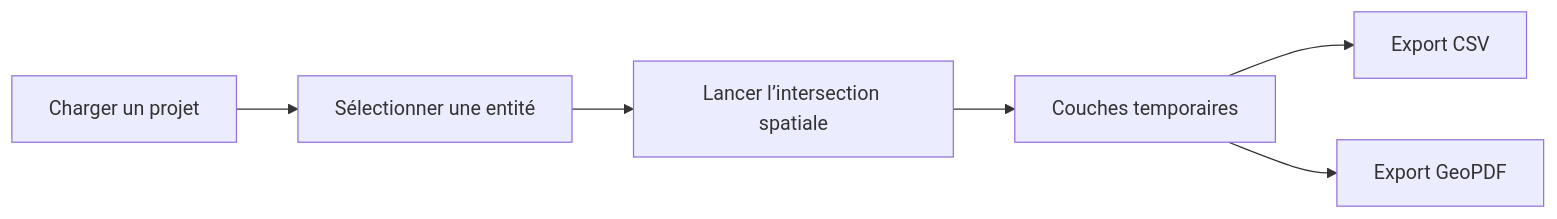
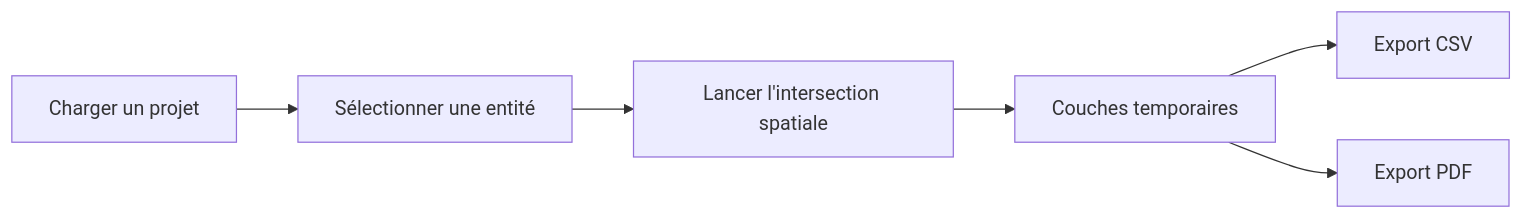
One commit to ecolabdata/secateur changed the first of 2 diagrams in README.md. Above: the diagram before and after it, drawn with Mermaid. The commit also changed other lines of this file and 8 other files, not shown here.

````diff
--- a/README.md
+++ b/README.md
@@ -424,11 +370,11 @@
 ```mermaid
 flowchart LR
 
 A[Charger un projet]
 --> B[Sélectionner une entité]
---> C[Lancer l’intersection spatiale]
+--> C[Lancer l'intersection spatiale]
 --> D[Couches temporaires]
 
 D --> E[Export CSV]
-D --> F[Export GeoPDF]
+D --> F[Export PDF]
 ```
````
